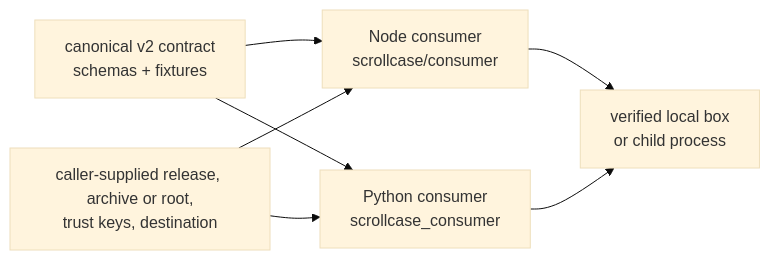
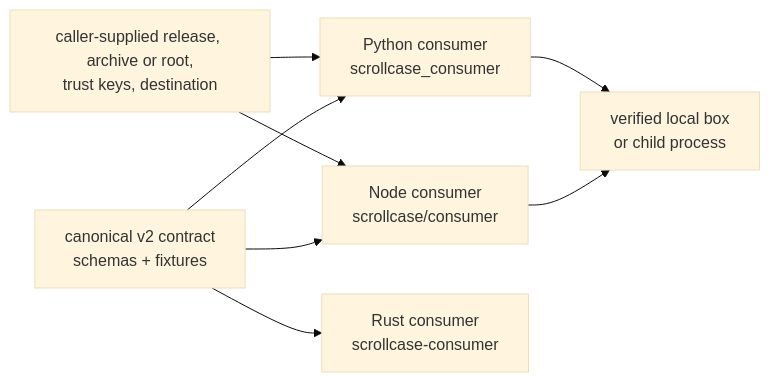
Before and after one commit to Suffro/scrollcase: the first of 3 diagrams in docs/concepts/architecture.md, drawn with Mermaid (base theme). The commit also changed other lines of this file and 2 other files, not shown here.

First line of the commit message:
Describe the Rust consumer in the docs

````diff
--- a/docs/concepts/architecture.md
+++ b/docs/concepts/architecture.md
@@ -21,9 +22,10 @@
 ```mermaid
 flowchart LR
   C["canonical v2 contract<br/>schemas + fixtures"] --> N["Node consumer<br/>scrollcase/consumer"]
   C --> P["Python consumer<br/>scrollcase_consumer"]
+  C --> R["Rust consumer<br/>scrollcase-consumer"]
   F["caller-supplied release, archive or root,<br/>trust keys, destination"] --> N
   F --> P
   N --> L["verified local box<br/>or child process"]
   P --> L
 ```
````
